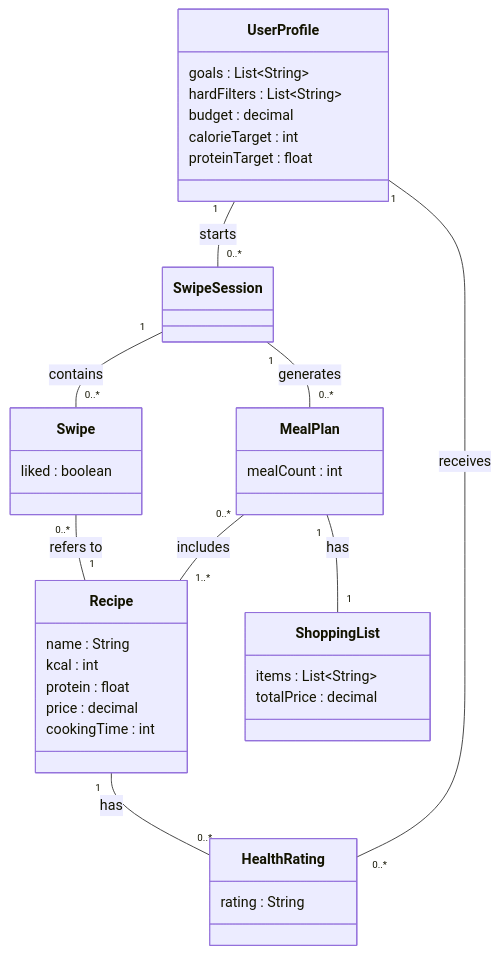
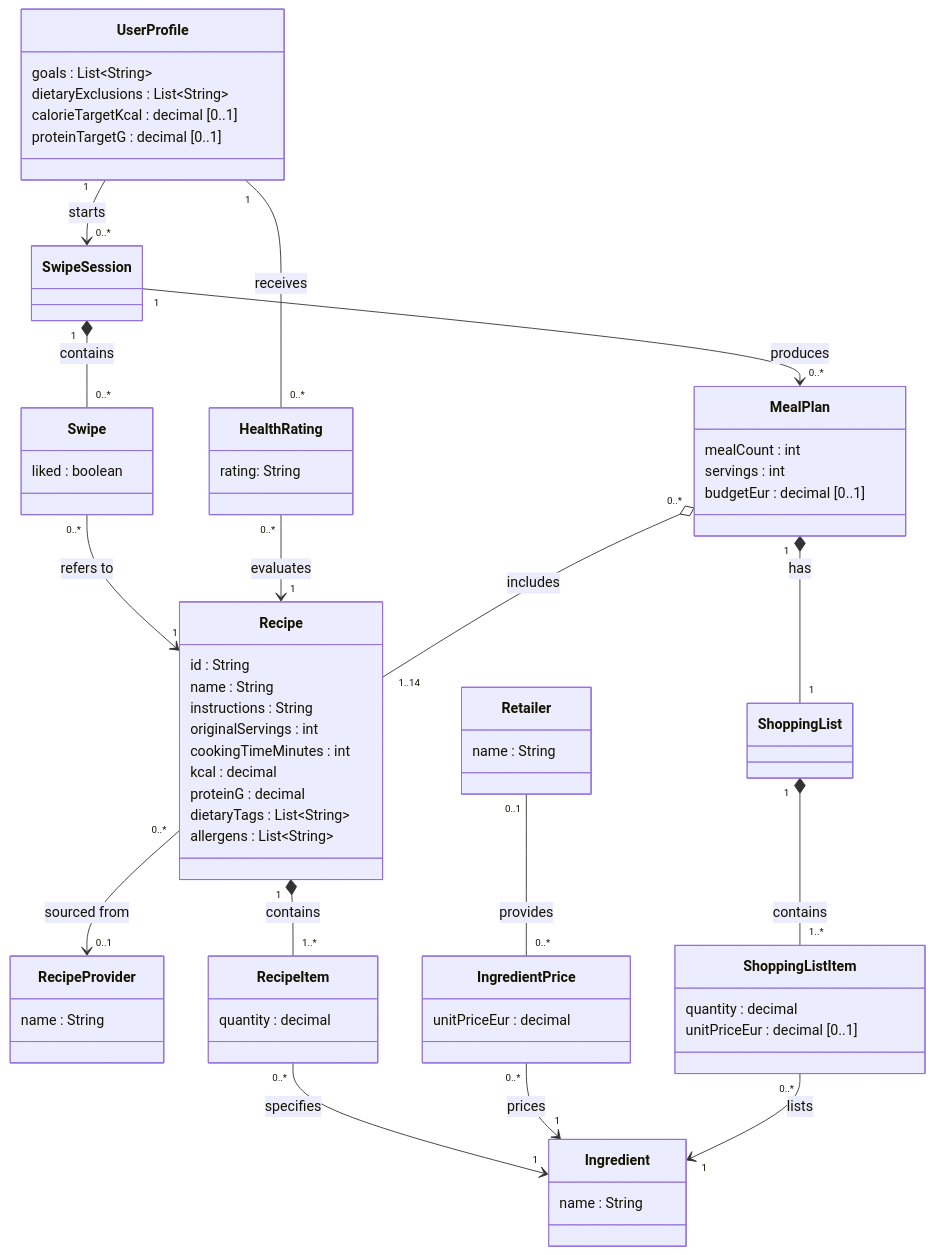
Before and after one commit to xelemir/SoftwareArchitecture: the diagram in task2/requirements/models/domain-model.md, drawn with Mermaid. The commit also changed other lines of this file, not shown here.

Commit message:
domain model changes

````diff
--- a/task2/requirements/models/domain-model.md
+++ b/task2/requirements/models/domain-model.md
@@ -6,46 +6,83 @@
 classDiagram
     class UserProfile {
         goals : List~String~
-        hardFilters : List~String~
-        budget : decimal
-        calorieTarget : int
-        proteinTarget : float
+        dietaryExclusions : List~String~
+        calorieTargetKcal : decimal [0..1]
+        proteinTargetG : decimal [0..1]
     }
 
-    class SwipeSession {
-    }
+    class SwipeSession
 
     class Swipe {
         liked : boolean
     }
 
     class Recipe {
+        id : String
         name : String
-        kcal : int
-        protein : float
-        price : decimal
-        cookingTime : int
+        instructions : String
+        originalServings : int
+        cookingTimeMinutes : int
+        kcal : decimal
+        proteinG : decimal
+        dietaryTags : List~String~
+        allergens : List~String~
+    }
+
+    class RecipeProvider {
+        name : String
+    }
+
+    class RecipeItem {
+        quantity : decimal
+    }
+
+    class Ingredient {
+        name : String
+    }
+
+    class Retailer {
+        name : String
+    }
+
+    class IngredientPrice {
+        unitPriceEur : decimal
     }
 
     class HealthRating {
-        rating : String
+        rating: String
     }
 
     class MealPlan {
         mealCount : int
+        servings : int
+        budgetEur : decimal [0..1]
     }
 
-    class ShoppingList {
-        items : List~String~
-        totalPrice : decimal
+    class ShoppingList
+
+    class ShoppingListItem {
+        quantity : decimal
+        unitPriceEur : decimal [0..1]
     }
 
-    UserProfile "1" -- "0..*" SwipeSession : starts
-    SwipeSession "1" -- "0..*" Swipe : contains
-    Swipe "0..*" -- "1" Recipe : refers to
+    UserProfile "1" --> "0..*" SwipeSession : starts
+    SwipeSession "1" *-- "0..*" Swipe : contains
+    Swipe "0..*" --> "1" Recipe : refers to
+
+    Recipe "0..*" --> "0..1" RecipeProvider : sourced from
+    Recipe "1" *-- "1..*" RecipeItem : contains
+    RecipeItem "0..*" --> "1" Ingredient : specifies
+
+    Retailer "0..1" -- "0..*" IngredientPrice : provides
+    IngredientPrice "0..*" --> "1" Ingredient : prices
+
     UserProfile "1" -- "0..*" HealthRating : receives
-    Recipe "1" -- "0..*" HealthRating : has
-    SwipeSession "1" -- "0..*" MealPlan : generates
-    MealPlan "0..*" -- "1..*" Recipe : includes
-    MealPlan "1" -- "1" ShoppingList : has
+    HealthRating "0..*" --> "1" Recipe : evaluates
+
+    SwipeSession "1" --> "0..*" MealPlan : produces
+    MealPlan "0..*" o-- "1..14" Recipe : includes
+    MealPlan "1" *-- "1" ShoppingList : has
+    ShoppingList "1" *-- "1..*" ShoppingListItem : contains
+    ShoppingListItem "0..*" --> "1" Ingredient : lists
 ```
````
